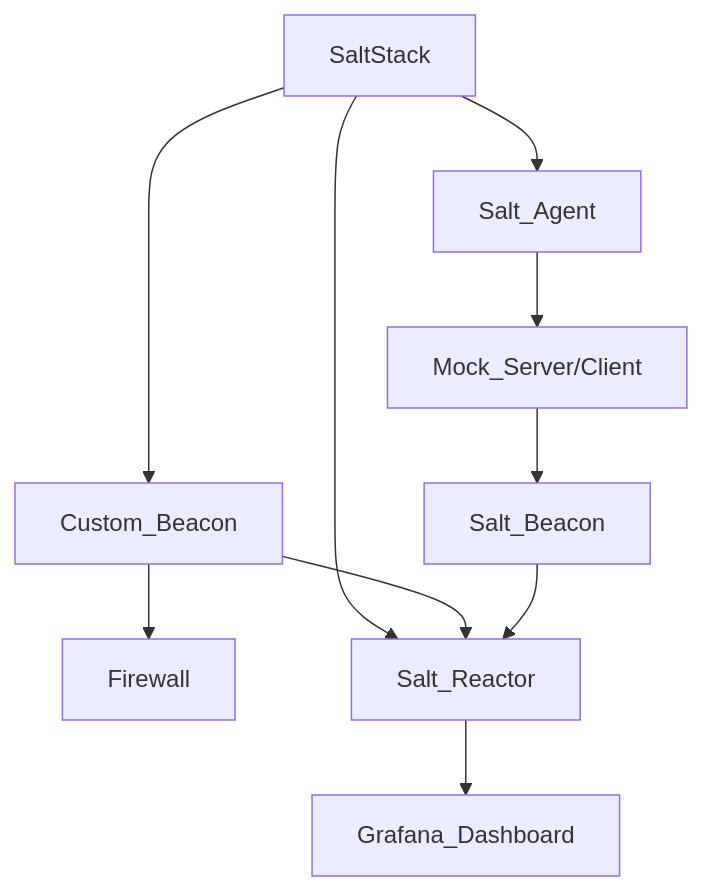
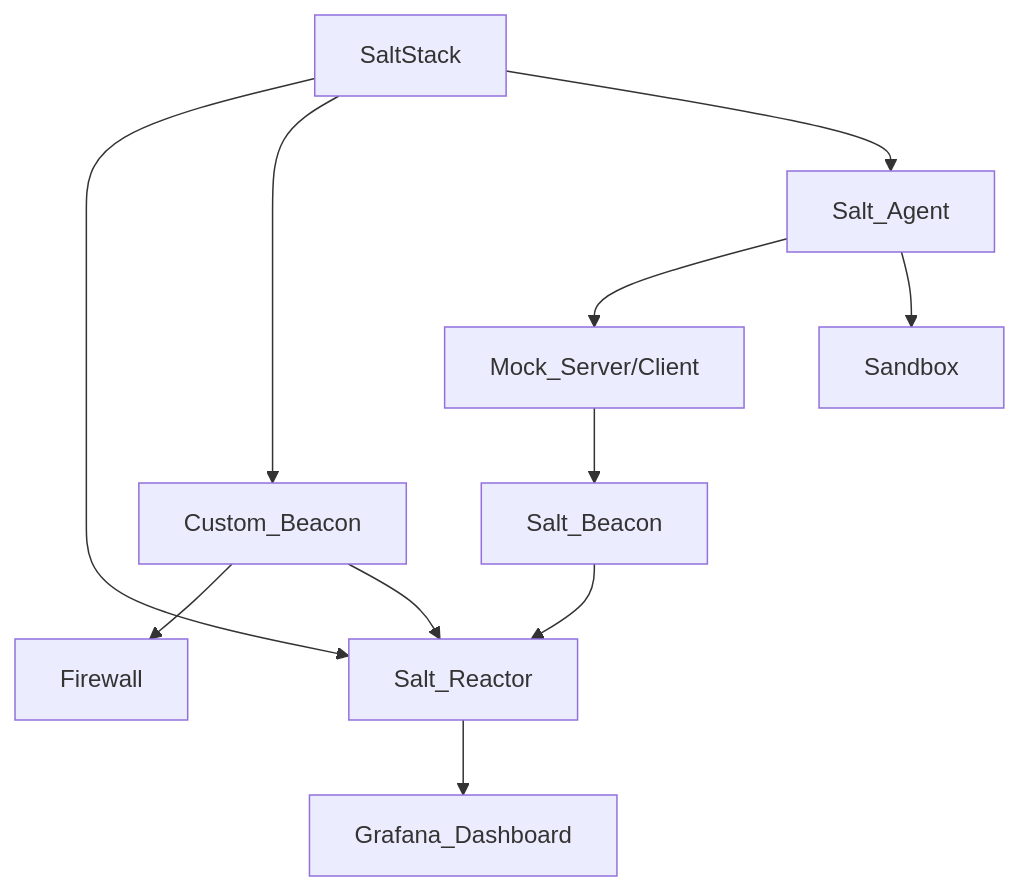
The diagram in README.md (hanfil/CyberSalt), drawn with Mermaid before and after one commit. The commit also changed other lines of this file, not shown here.

````diff
--- a/README.md
+++ b/README.md
@@ -15,12 +16,13 @@
 ```mermaid
 graph TD;
     Custom_Beacon-->Firewall;
     Salt_Reactor-->Grafana_Dashboard;
     SaltStack-->Salt_Reactor;
     SaltStack-->Custom_Beacon;
     Custom_Beacon-->Salt_Reactor;
     SaltStack-->Salt_Agent;
     Mock_Server/Client-->Salt_Beacon;
     Salt_Beacon-->Salt_Reactor;
     Salt_Agent-->Mock_Server/Client;
+    Salt_Agent-->Sandbox;
 ```
````
